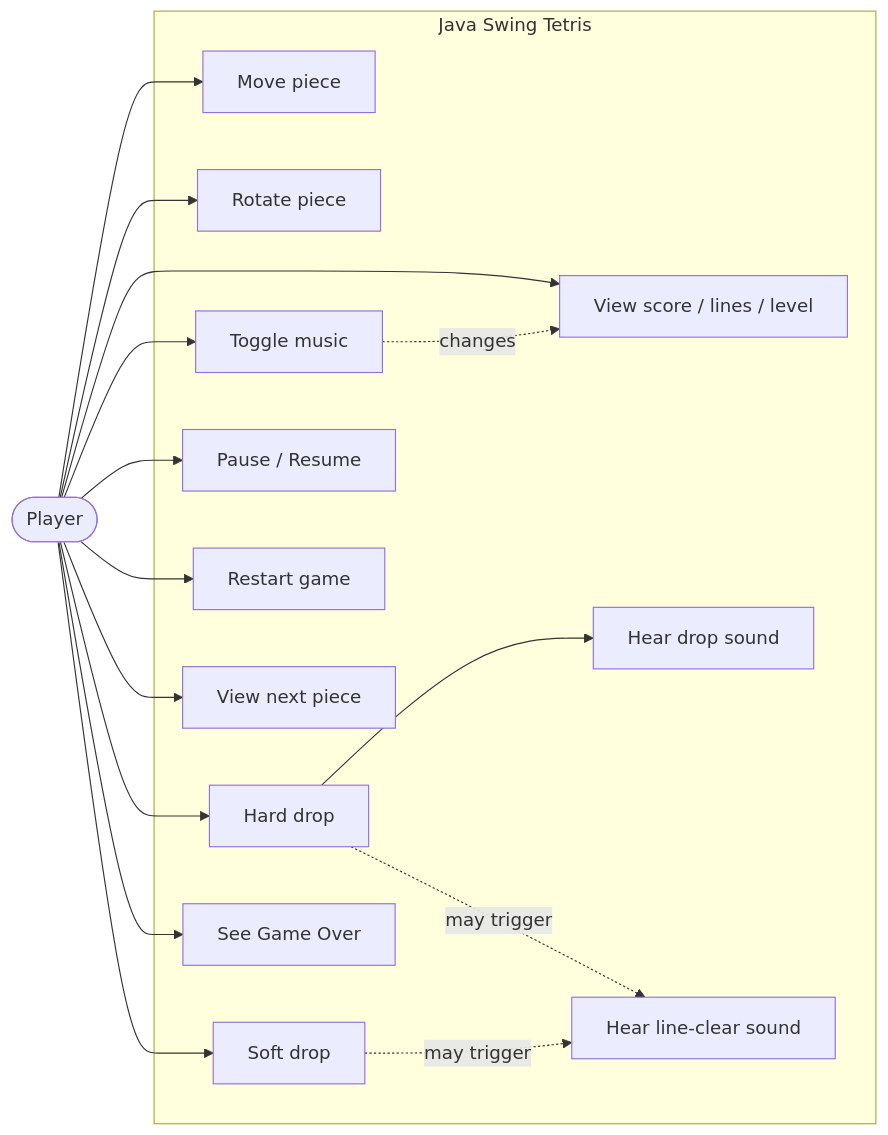
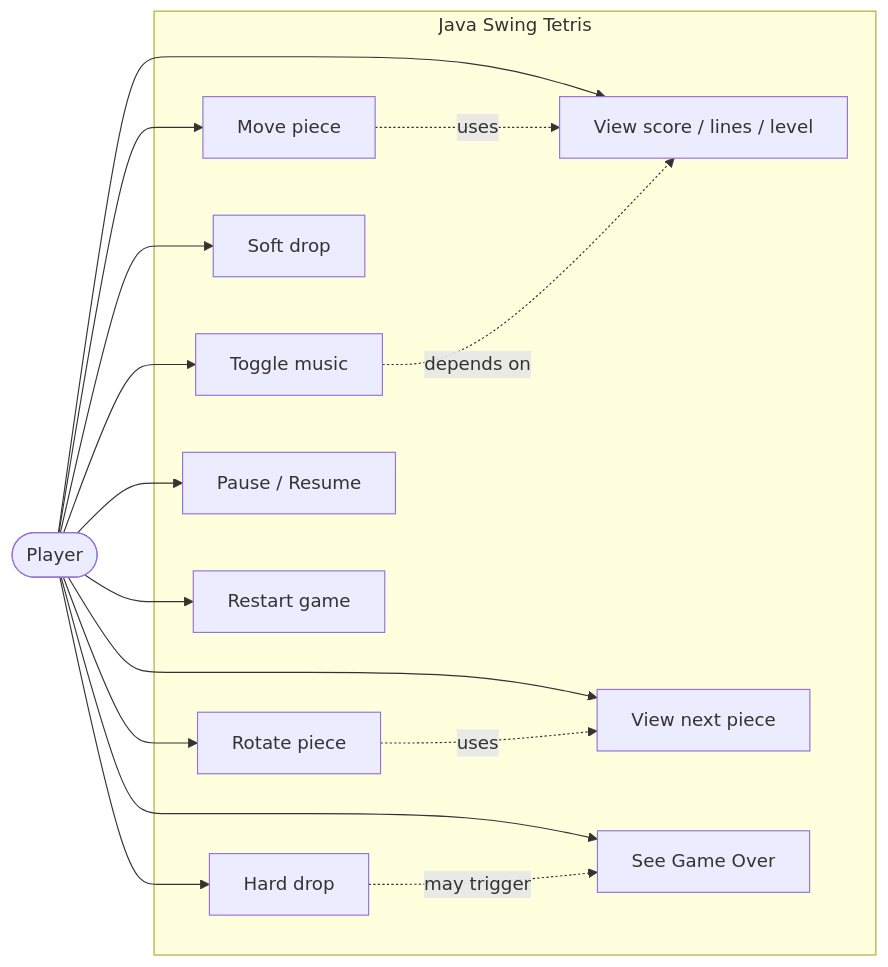
One commit to sheng-luen-chung/java-swing-tetris changed the second of 6 diagrams in docs/uml-class-design.md. Above: the diagram before and after it, drawn with Mermaid. The commit also changed other lines of this file, not shown here.

Commit message:
更新 UML 文件至 Version 3 設計

````diff
--- a/docs/uml-class-design.md
+++ b/docs/uml-class-design.md
@@ -204,35 +194,33 @@
 ```mermaid
 flowchart LR
     Player([Player])
 
     subgraph TetrisGame["Java Swing Tetris"]
         Move["Move piece"]
         Rotate["Rotate piece"]
         SoftDrop["Soft drop"]
         HardDrop["Hard drop"]
         Pause["Pause / Resume"]
         Restart["Restart game"]
         ViewInfo["View score / lines / level"]
         Preview["View next piece"]
         ToggleMusic["Toggle music"]
-        HearDrop["Hear drop sound"]
-        HearClear["Hear line-clear sound"]
         GameOver["See Game Over"]
     end
 
     Player --> Move
     Player --> Rotate
     Player --> SoftDrop
     Player --> HardDrop
     Player --> Pause
     Player --> Restart
     Player --> ViewInfo
     Player --> Preview
     Player --> ToggleMusic
     Player --> GameOver
 
-    HardDrop --> HearDrop
-    HardDrop -. may trigger .-> HearClear
-    SoftDrop -. may trigger .-> HearClear
-    ToggleMusic -. changes .-> ViewInfo
+    HardDrop -. may trigger .-> GameOver
+    Move -. uses .-> ViewInfo
+    Rotate -. uses .-> Preview
+    ToggleMusic -. depends on .-> ViewInfo
 ```
````
